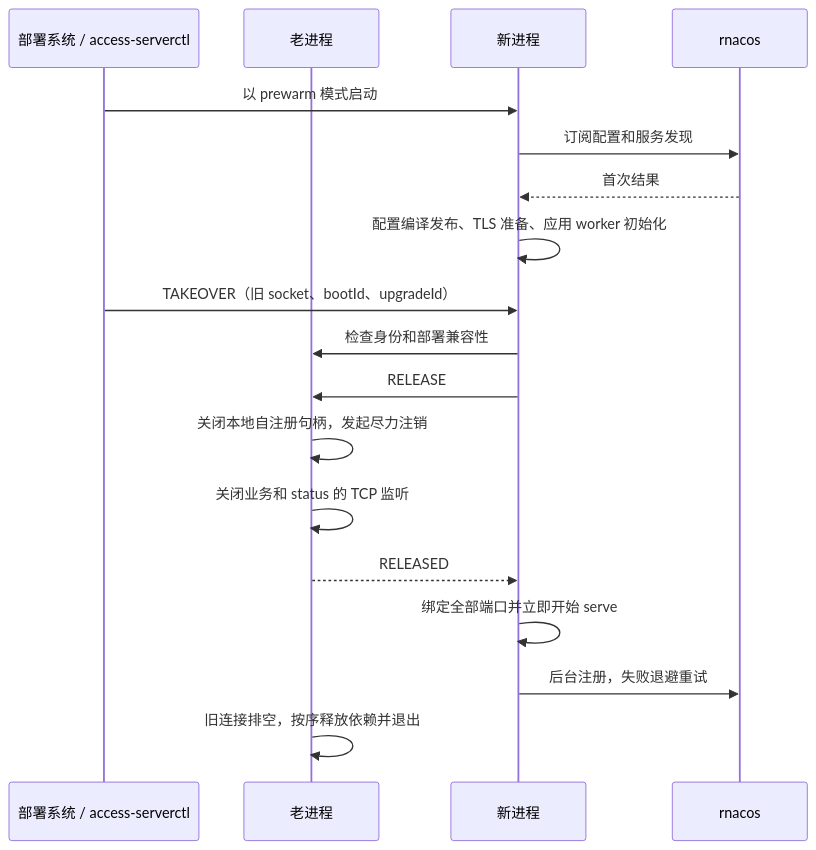
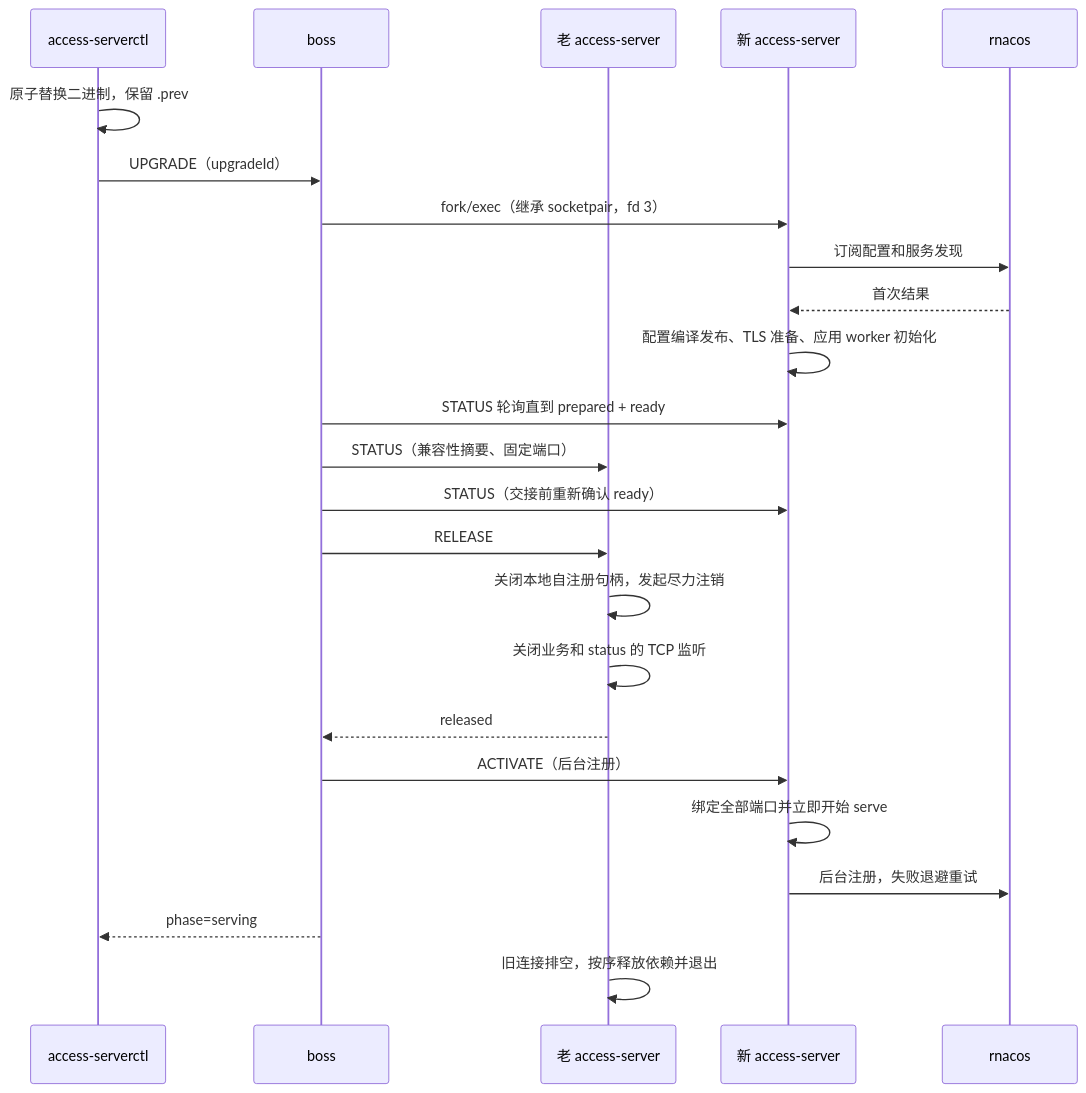
One commit to fiber-net-gateway/access-gateway changed the diagram in docs/access-server-prewarm-upgrade-design.md. Above: the diagram before and after it, drawn with Mermaid. The commit also changed other lines of this file and 28 other files, not shown here.

````diff
--- a/docs/access-server-prewarm-upgrade-design.md
+++ b/docs/access-server-prewarm-upgrade-design.md
@@ -7,20 +17,26 @@
 ```mermaid
 sequenceDiagram
-    participant D as 部署系统 / access-serverctl
-    participant O as 老进程
-    participant N as 新进程
+    participant C as access-serverctl
+    participant B as boss
+    participant O as 老 access-server
+    participant N as 新 access-server
     participant R as rnacos
-    D->>N: 以 prewarm 模式启动
+    C->>C: 原子替换二进制，保留 .prev
+    C->>B: UPGRADE（upgradeId）
+    B->>N: fork/exec（继承 socketpair，fd 3）
     N->>R: 订阅配置和服务发现
     R-->>N: 首次结果
     N->>N: 配置编译发布、TLS 准备、应用 worker 初始化
-    D->>N: TAKEOVER（旧 socket、bootId、upgradeId）
-    N->>O: 检查身份和部署兼容性
-    N->>O: RELEASE
+    B->>N: STATUS 轮询直到 prepared + ready
+    B->>O: STATUS（兼容性摘要、固定端口）
+    B->>N: STATUS（交接前重新确认 ready）
+    B->>O: RELEASE
     O->>O: 关闭本地自注册句柄，发起尽力注销
     O->>O: 关闭业务和 status 的 TCP 监听
-    O-->>N: RELEASED
+    O-->>B: released
+    B->>N: ACTIVATE（后台注册）
     N->>N: 绑定全部端口并立即开始 serve
     N->>R: 后台注册，失败退避重试
+    B-->>C: phase=serving
     O->>O: 旧连接排空，按序释放依赖并退出
 ```
````
